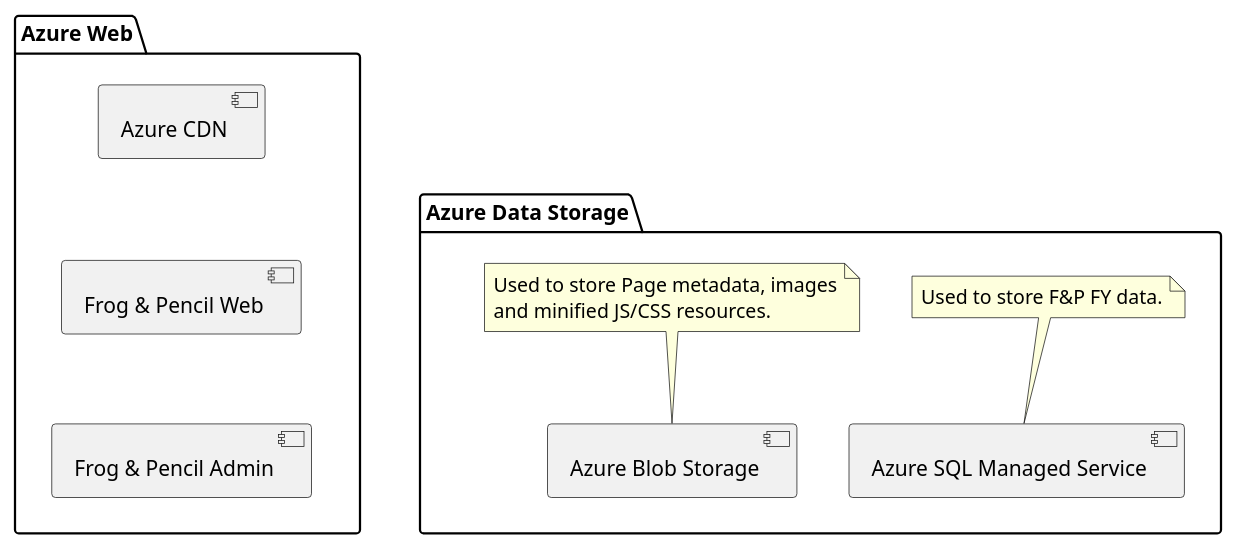
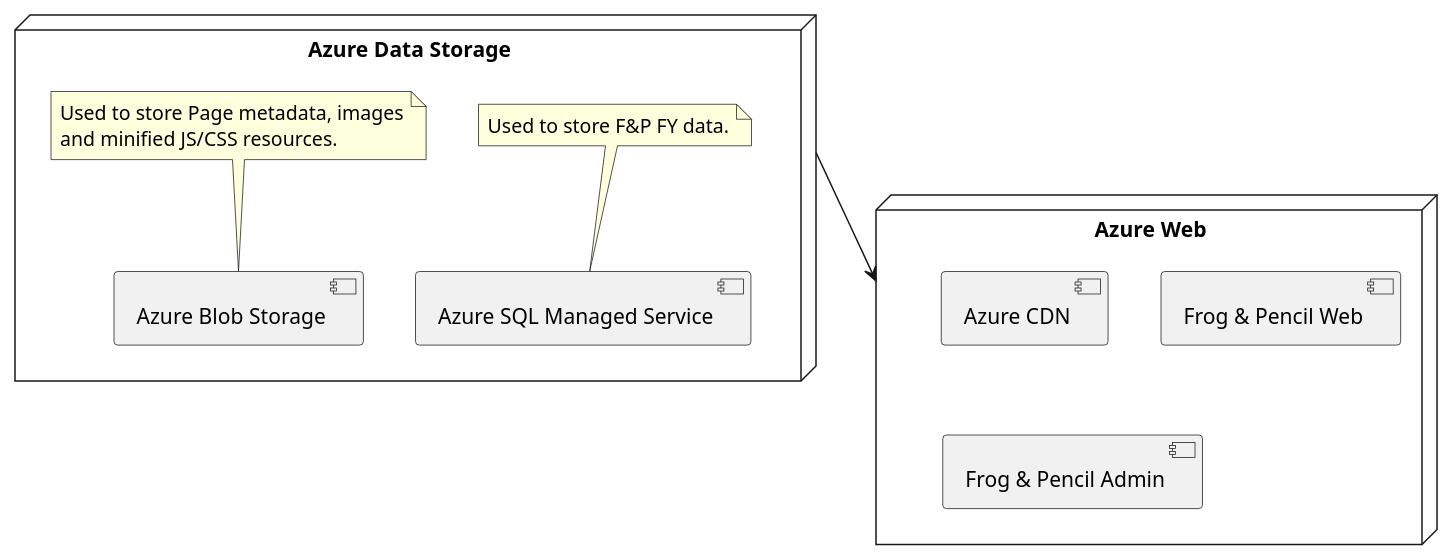
One commit to bearandhammer/knowledge-vault changed the diagram in obsidian-vault/🐸 Frog & Pencil/Architecture Diagram.md. Above: the diagram before and after it, drawn with PlantUML.

Commit message:
Lews PC vault backup: 06/04/2022 21:07:58
Affected files:
obsidian-vault/🐸 Frog & Pencil/Architecture Diagram.md

````diff
--- a/obsidian-vault/🐸 Frog & Pencil/Architecture Diagram.md
+++ b/obsidian-vault/🐸 Frog & Pencil/Architecture Diagram.md
@@ -9,29 +9,26 @@
 ```plantuml
-package "Azure Data Storage" as ADS {
+node "Azure Data Storage" as ADS {
 [Azure Blob Storage] as ABS
 [Azure SQL Managed Service] as ASMS
 
 note top of ABS
 	Used to store Page metadata, images
 	and minified JS/CSS resources.
 end note
 
 note top of ASMS
 	Used to store F&P FY data.
 end note
 
 ABS -[hidden]> ASMS
 }
 
 
-package "Azure Web" as AW {
+node "Azure Web" as AW {
 [Azure CDN] as ACDN
 [Frog & Pencil Web] as FPW
 [Frog & Pencil Admin] as FPA
-
-ACDN -[hidden]-> FPW
-FPW -[hidden]-> FPA
 }
 
-ADS -[hidden]u-> AW
+ADS -d-> AW
 ```
````
